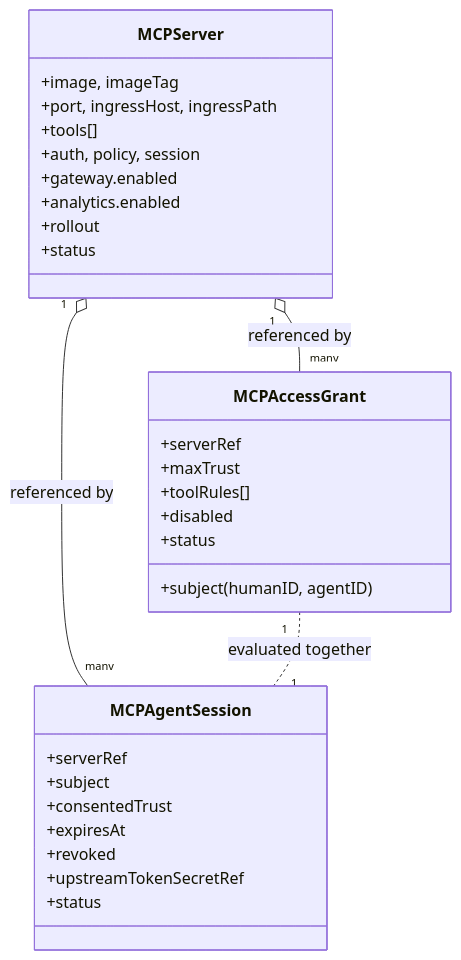
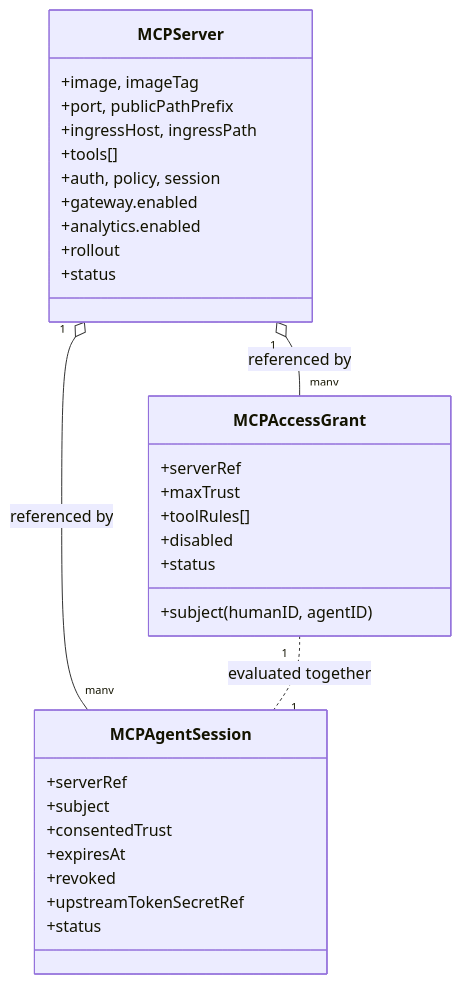
Before and after one commit to ankitkatewa/mcp-runtime: the first of 3 diagrams in docs/runtime.md, drawn with Mermaid. The commit also changed other lines of this file and 1 other file, not shown here.

Commit message:
docs: add architecture overview (#70)

````diff
--- a/docs/runtime.md
+++ b/docs/runtime.md
@@ -18,33 +18,34 @@
 ```mermaid
 classDiagram
     class MCPServer {
       +image, imageTag
-      +port, ingressHost, ingressPath
+      +port, publicPathPrefix
+      +ingressHost, ingressPath
       +tools[]
       +auth, policy, session
       +gateway.enabled
       +analytics.enabled
       +rollout
       +status
     }
     class MCPAccessGrant {
       +serverRef
       +subject (humanID, agentID)
       +maxTrust
       +toolRules[]
       +disabled
       +status
     }
     class MCPAgentSession {
       +serverRef
       +subject
       +consentedTrust
       +expiresAt
       +revoked
       +upstreamTokenSecretRef
       +status
     }
     MCPServer "1" o-- "many" MCPAccessGrant : referenced by
     MCPServer "1" o-- "many" MCPAgentSession : referenced by
     MCPAccessGrant "1" .. "1" MCPAgentSession : evaluated together
 ```
````
